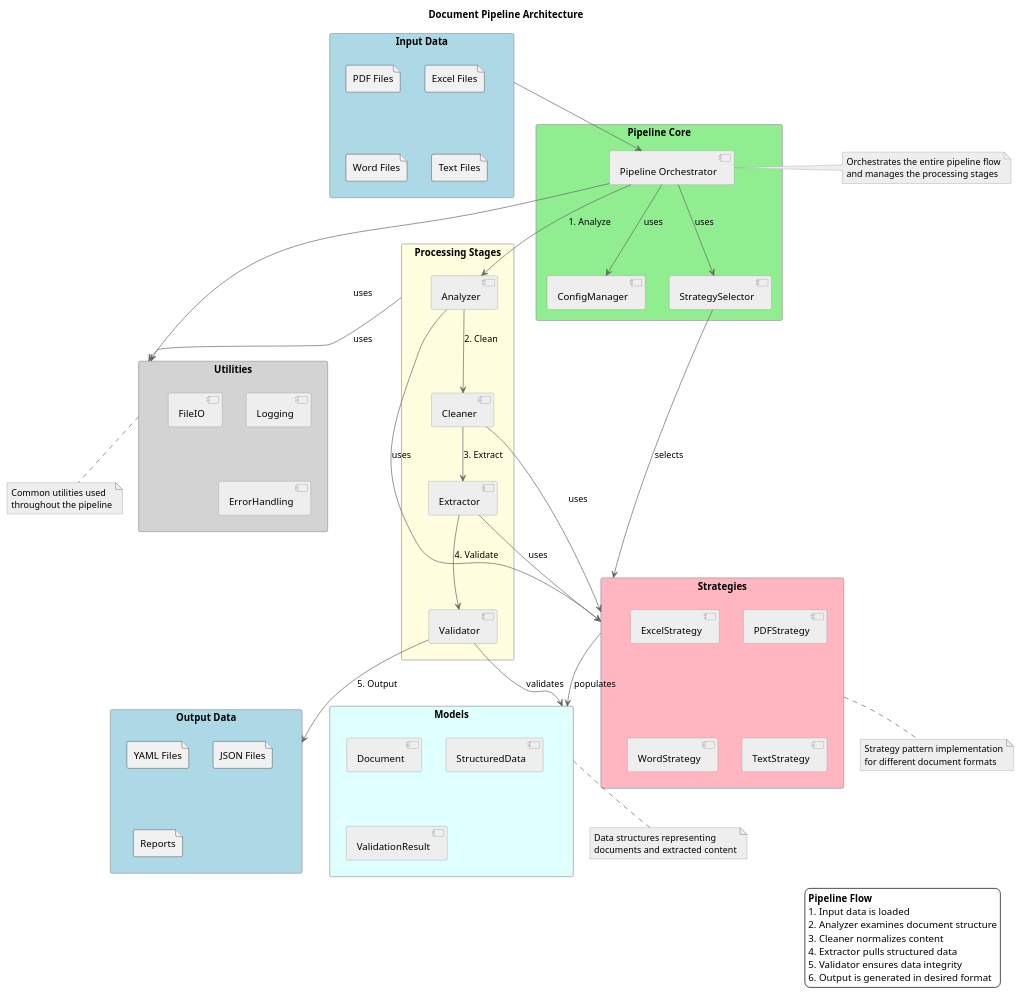
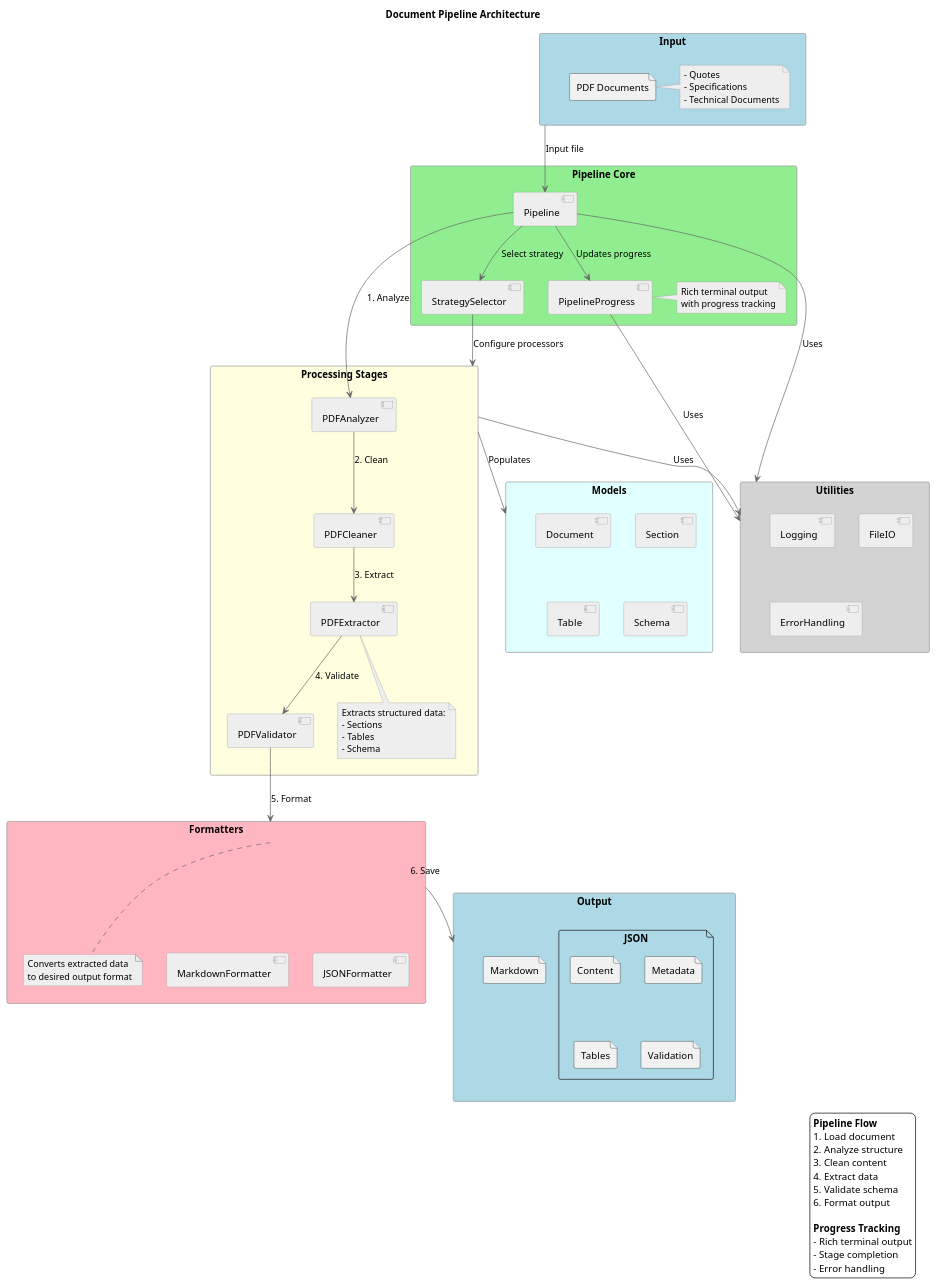
Before and after one commit to jswans33/my-full-stack-fastapi-template: the diagram in utils/pipeline/docs/pipeline_diagram.puml, drawn with PlantUML. The commit also changed 17 other files, not shown here.

Commit message:
Add ER, class, and pipeline diagrams to document the architecture and data models

```diff
--- a/utils/pipeline/docs/pipeline_diagram.puml
+++ b/utils/pipeline/docs/pipeline_diagram.puml
@@ -1,115 +1,118 @@
 @startuml Pipeline Architecture
 
 ' Define styles
 skinparam componentStyle uml2
 skinparam backgroundColor white
 skinparam ArrowColor #666666
 skinparam ComponentBorderColor #999999
 skinparam ComponentBackgroundColor #EEEEEE
 skinparam NoteBorderColor #999999
 skinparam NoteBackgroundColor #EEEEEE
 skinparam RectangleBorderColor #999999
 skinparam RectangleBackgroundColor #EEEEEE
 
 ' Title
 title Document Pipeline Architecture
 
 ' Main components
-rectangle "Input Data" as input #LightBlue {
-  file "PDF Files" as pdf
-  file "Excel Files" as excel
-  file "Word Files" as word
-  file "Text Files" as text
+rectangle "Input" as input #LightBlue {
+  file "PDF Documents" as pdf
+  note right of pdf
+    - Quotes
+    - Specifications
+    - Technical Documents
+  end note
 }
 
 rectangle "Pipeline Core" as core #LightGreen {
-  component "Pipeline Orchestrator" as pipeline
-  component "ConfigManager" as config
+  component "Pipeline" as pipeline
+  component "PipelineProgress" as progress
   component "StrategySelector" as selector
+  note right of progress
+    Rich terminal output
+    with progress tracking
+  end note
 }
 
 rectangle "Processing Stages" as stages #LightYellow {
-  component "Analyzer" as analyzer
-  component "Cleaner" as cleaner
-  component "Extractor" as extractor
-  component "Validator" as validator
+  component "PDFAnalyzer" as analyzer
+  component "PDFCleaner" as cleaner
+  component "PDFExtractor" as extractor
+  component "PDFValidator" as validator
+  note bottom of extractor
+    Extracts structured data:
+    - Sections
+    - Tables
+    - Schema
+  end note
 }
 
-rectangle "Strategies" as strategies #LightPink {
-  component "PDFStrategy" as pdfstrat
-  component "ExcelStrategy" as excelstrat
-  component "WordStrategy" as wordstrat
-  component "TextStrategy" as textstrat
+rectangle "Formatters" as formatters #LightPink {
+  component "JSONFormatter" as jsonformat
+  component "MarkdownFormatter" as mdformat
+  note bottom of formatters
+    Converts extracted data
+    to desired output format
+  end note
 }
 
 rectangle "Models" as models #LightCyan {
   component "Document" as doc
-  component "StructuredData" as structured
-  component "ValidationResult" as valresult
+  component "Section" as section
+  component "Table" as table
+  component "Schema" as schema
 }
 
 rectangle "Utilities" as utils #LightGray {
   component "Logging" as logging
   component "FileIO" as fileio
   component "ErrorHandling" as error
 }
 
-rectangle "Output Data" as output #LightBlue {
-  file "YAML Files" as yaml
-  file "JSON Files" as json
-  file "Reports" as reports
+rectangle "Output" as output #LightBlue {
+  file "JSON" as json {
+    file "Content" as content
+    file "Metadata" as metadata
+    file "Tables" as tables
+    file "Validation" as validation
+  }
+  file "Markdown" as markdown
 }
 
-' High-level flow
-input --> pipeline
+' Flow
+input --> pipeline : Input file
+pipeline --> progress : Updates progress
+pipeline --> selector : Select strategy
+selector --> stages : Configure processors
+
+' Processing flow
 pipeline --> analyzer : 1. Analyze
 analyzer --> cleaner : 2. Clean
 cleaner --> extractor : 3. Extract
 extractor --> validator : 4. Validate
-validator --> output : 5. Output
+validator --> formatters : 5. Format
+formatters --> output : 6. Save
 
 ' Component relationships
-pipeline --> config : uses
-pipeline --> selector : uses
-selector --> strategies : selects
-analyzer --> strategies : uses
-cleaner --> strategies : uses
-extractor --> strategies : uses
-validator --> models : validates
-strategies --> models : populates
-pipeline --> utils : uses
-stages --> utils : uses
-
-' Notes
-note right of pipeline
-  Orchestrates the entire pipeline flow
-  and manages the processing stages
-end note
-
-note bottom of strategies
-  Strategy pattern implementation
-  for different document formats
-end note
-
-note bottom of models
-  Data structures representing
-  documents and extracted content
-end note
-
-note bottom of utils
-  Common utilities used
-  throughout the pipeline
-end note
+stages --> models : Populates
+stages --> utils : Uses
+pipeline --> utils : Uses
+progress --> utils : Uses
 
 ' Legend
 legend right
   **Pipeline Flow**
-  1. Input data is loaded
-  2. Analyzer examines document structure
-  3. Cleaner normalizes content
-  4. Extractor pulls structured data
-  5. Validator ensures data integrity
-  6. Output is generated in desired format
+  1. Load document
+  2. Analyze structure
+  3. Clean content
+  4. Extract data
+  5. Validate schema
+  6. Format output
+  
+  **Progress Tracking**
+  - Rich terminal output
+  - Stage completion
+  - Error handling
 end legend
 
 @enduml
```
